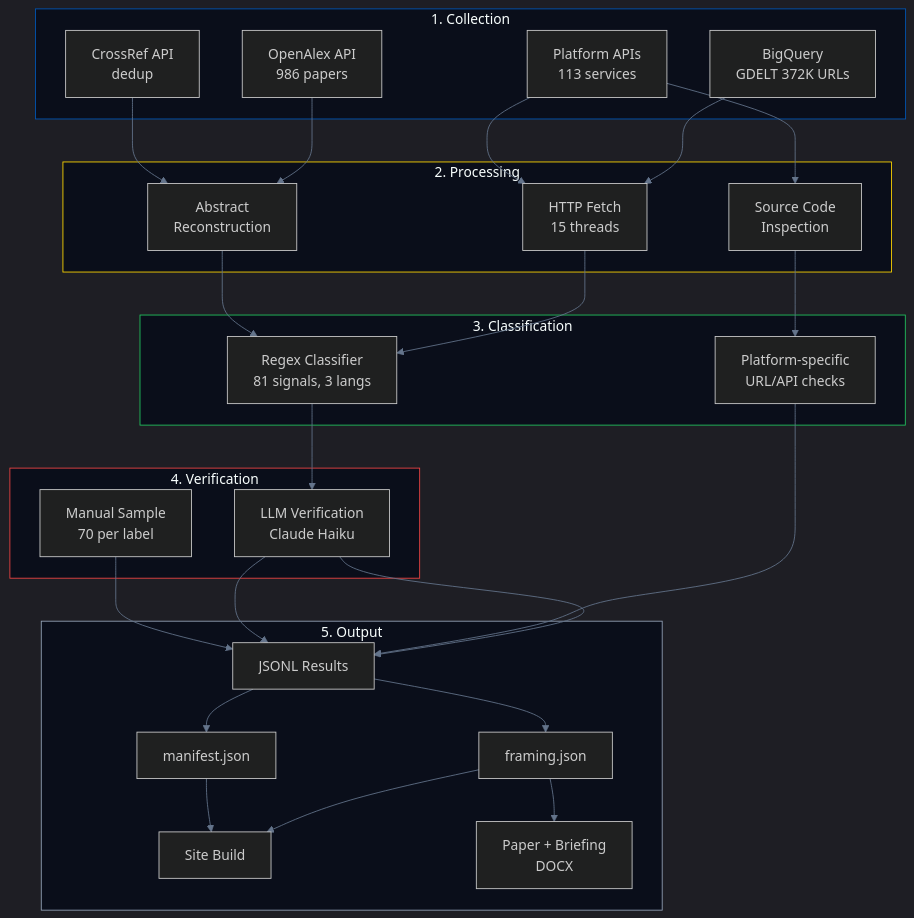
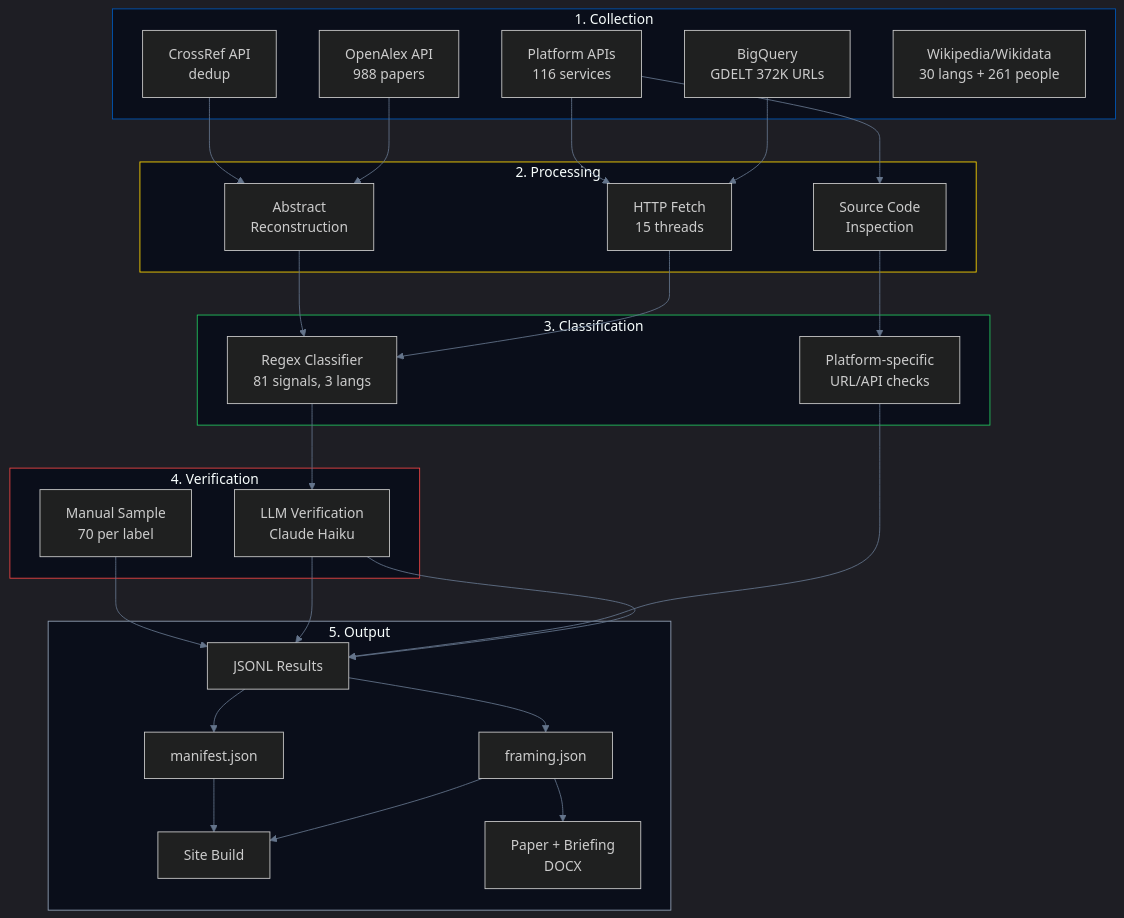
Before and after one commit to IvanDobrovolsky/crimeaisukraine: the first of 9 diagrams in docs/ARCHITECTURE.md, drawn with Mermaid. The commit also changed other lines of this file and 3 other files, not shown here.

First line of the commit message:
Add Wikipedia/Wikidata section to site and architecture

````diff
--- a/docs/ARCHITECTURE.md
+++ b/docs/ARCHITECTURE.md
@@ -5,51 +5,52 @@
 ```mermaid
 %%{init: {'theme': 'dark', 'themeVariables': {'primaryColor': '#0057b7', 'secondaryColor': '#ffd700', 'primaryTextColor': '#f1f5f9', 'lineColor': '#64748b', 'primaryBorderColor': '#1e293b'}}}%%
 graph TB
     subgraph Collection["1. Collection"]
         BQ["BigQuery<br/>GDELT 372K URLs"]
-        OA["OpenAlex API<br/>986 papers"]
+        OA["OpenAlex API<br/>988 papers"]
         CR["CrossRef API<br/>dedup"]
-        PA["Platform APIs<br/>113 services"]
+        PA["Platform APIs<br/>116 services"]
+        WK["Wikipedia/Wikidata<br/>30 langs + 261 people"]
     end
 
     subgraph Processing["2. Processing"]
         FT["HTTP Fetch<br/>15 threads"]
         SC["Source Code<br/>Inspection"]
         AB["Abstract<br/>Reconstruction"]
     end
 
     subgraph Classification["3. Classification"]
         RX["Regex Classifier<br/>81 signals, 3 langs"]
         PS["Platform-specific<br/>URL/API checks"]
     end
 
     subgraph Verification["4. Verification"]
         LLM["LLM Verification<br/>Claude Haiku"]
         MV["Manual Sample<br/>70 per label"]
     end
 
     subgraph Output["5. Output"]
         JL["JSONL Results"]
         MF["manifest.json"]
         FR["framing.json"]
         ST["Site Build"]
         DX["Paper + Briefing<br/>DOCX"]
     end
 
     BQ --> FT --> RX --> LLM --> JL
     OA --> AB --> RX
     CR --> AB
     PA --> SC --> PS --> JL
     PA --> FT
     JL --> FR --> ST
     JL --> MF --> ST
     FR --> DX
     LLM --> JL
     MV --> JL
 
     style Collection fill:#0a0e1a,stroke:#0057b7
     style Processing fill:#0a0e1a,stroke:#ffd700
     style Classification fill:#0a0e1a,stroke:#22c55e
     style Verification fill:#0a0e1a,stroke:#ef4444
     style Output fill:#0a0e1a,stroke:#94a3b8
 ```
````
